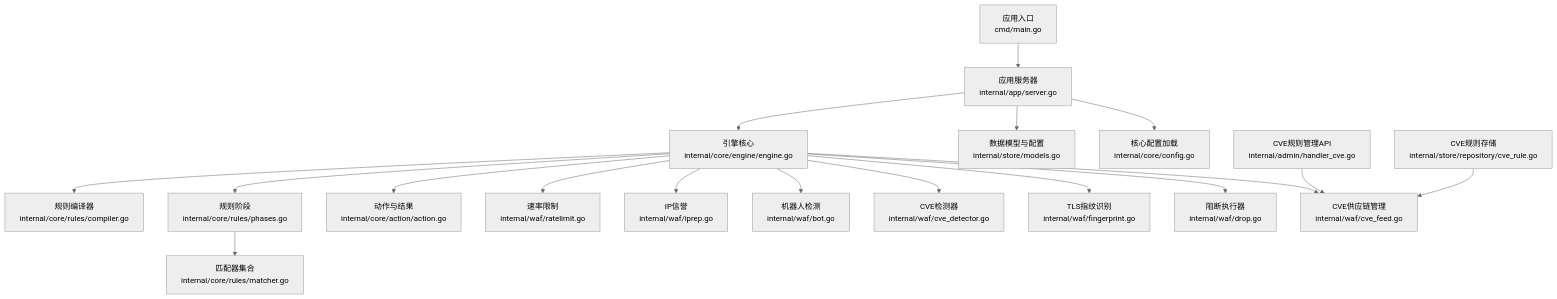
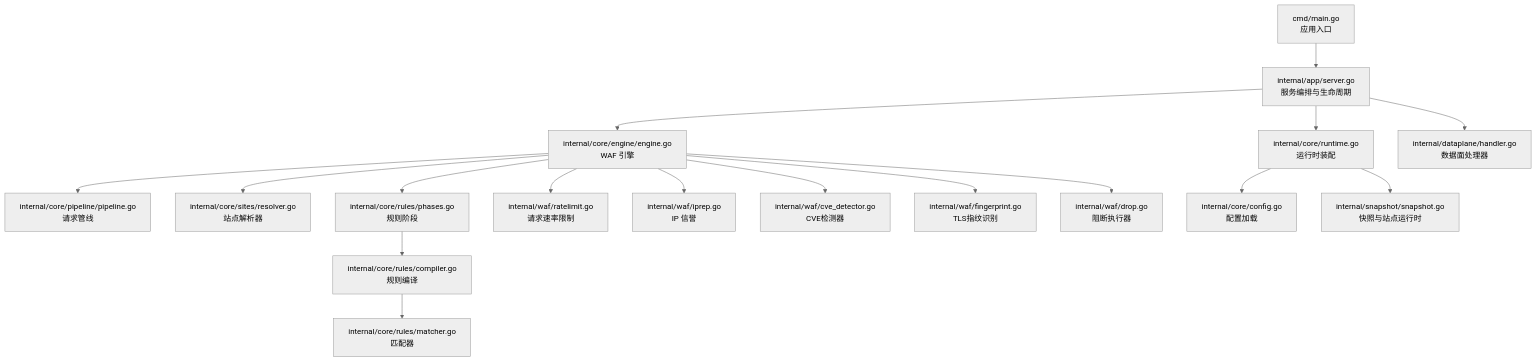
The first of 12 diagrams in docs/WAF 引擎系统/WAF 引擎系统.md (x01n/My-OpenWaf), drawn with Mermaid (neutral theme) before and after one commit. The commit also changed other lines of this file and 199 other files, not shown here.

````diff
--- a/docs/WAF 引擎系统/WAF 引擎系统.md
+++ b/docs/WAF 引擎系统/WAF 引擎系统.md
@@ -69,20 +57,19 @@
 ```mermaid
 graph TB
-A["应用入口<br/>cmd/main.go"] --> B["应用服务器<br/>internal/app/server.go"]
-B --> C["引擎核心<br/>internal/core/engine/engine.go"]
-C --> D["规则编译器<br/>internal/core/rules/compiler.go"]
-C --> E["规则阶段<br/>internal/core/rules/phases.go"]
-E --> F["匹配器集合<br/>internal/core/rules/matcher.go"]
-C --> G["动作与结果<br/>internal/core/action/action.go"]
-C --> H["速率限制<br/>internal/waf/ratelimit.go"]
-C --> I["IP信誉<br/>internal/waf/iprep.go"]
-C --> J["机器人检测<br/>internal/waf/bot.go"]
-C --> K["CVE检测器<br/>internal/waf/cve_detector.go"]
-C --> L["TLS指纹识别<br/>internal/waf/fingerprint.go"]
-C --> M["阻断执行器<br/>internal/waf/drop.go"]
-C --> N["CVE供应链管理<br/>internal/waf/cve_feed.go"]
-B --> O["数据模型与配置<br/>internal/store/models.go"]
-B --> P["核心配置加载<br/>internal/core/config.go"]
-Q["CVE规则管理API<br/>internal/admin/handler_cve.go"] --> N
-R["CVE规则存储<br/>internal/store/repository/cve_rule.go"] --> N
+A["cmd/main.go<br/>应用入口"] --> B["internal/app/server.go<br/>服务编排与生命周期"]
+B --> C["internal/core/runtime.go<br/>运行时装配"]
+B --> D["internal/core/engine/engine.go<br/>WAF 引擎"]
+D --> E["internal/core/pipeline/pipeline.go<br/>请求管线"]
+D --> F["internal/core/sites/resolver.go<br/>站点解析器"]
+D --> G["internal/core/rules/phases.go<br/>规则阶段"]
+G --> H["internal/core/rules/compiler.go<br/>规则编译"]
+H --> I["internal/core/rules/matcher.go<br/>匹配器"]
+D --> J["internal/waf/ratelimit.go<br/>请求速率限制"]
+D --> K["internal/waf/iprep.go<br/>IP 信誉"]
+D --> L["internal/waf/cve_detector.go<br/>CVE检测器"]
+D --> M["internal/waf/fingerprint.go<br/>TLS指纹识别"]
+D --> N["internal/waf/drop.go<br/>阻断执行器"]
+B --> O["internal/dataplane/handler.go<br/>数据面处理器"]
+C --> P["internal/core/config.go<br/>配置加载"]
+C --> Q["internal/snapshot/snapshot.go<br/>快照与站点运行时"]
 ```
````
